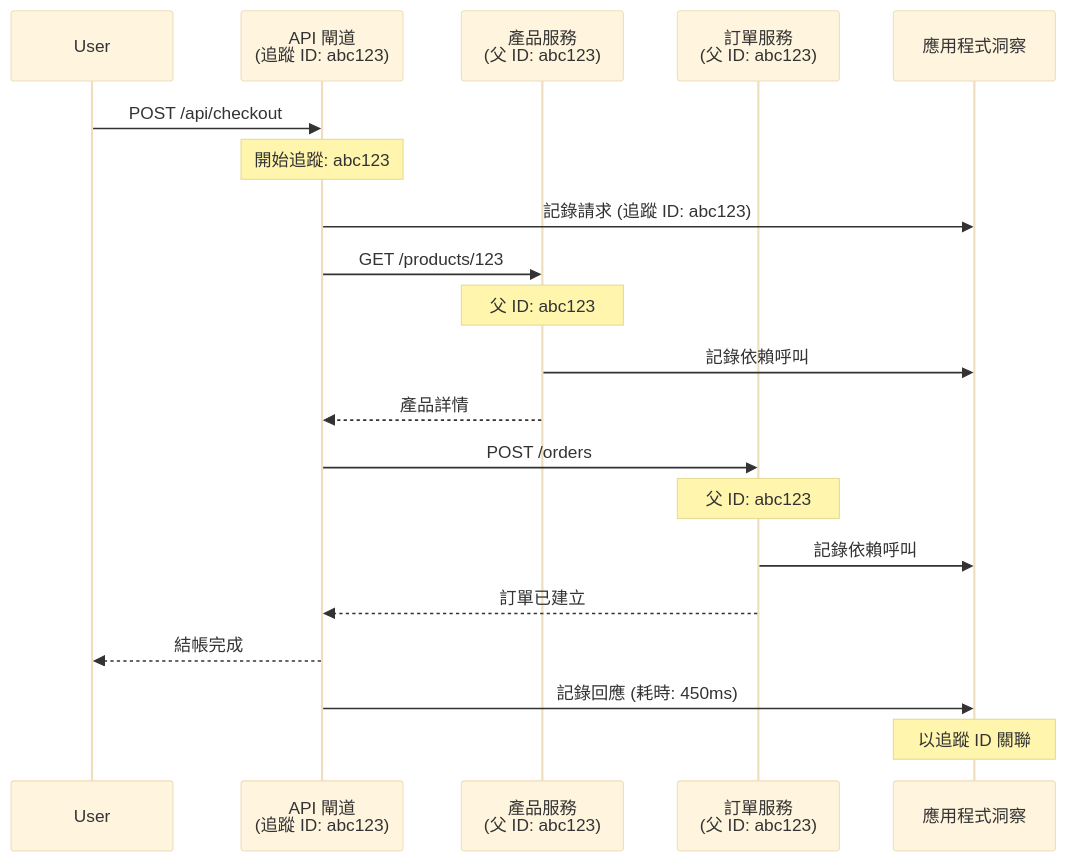
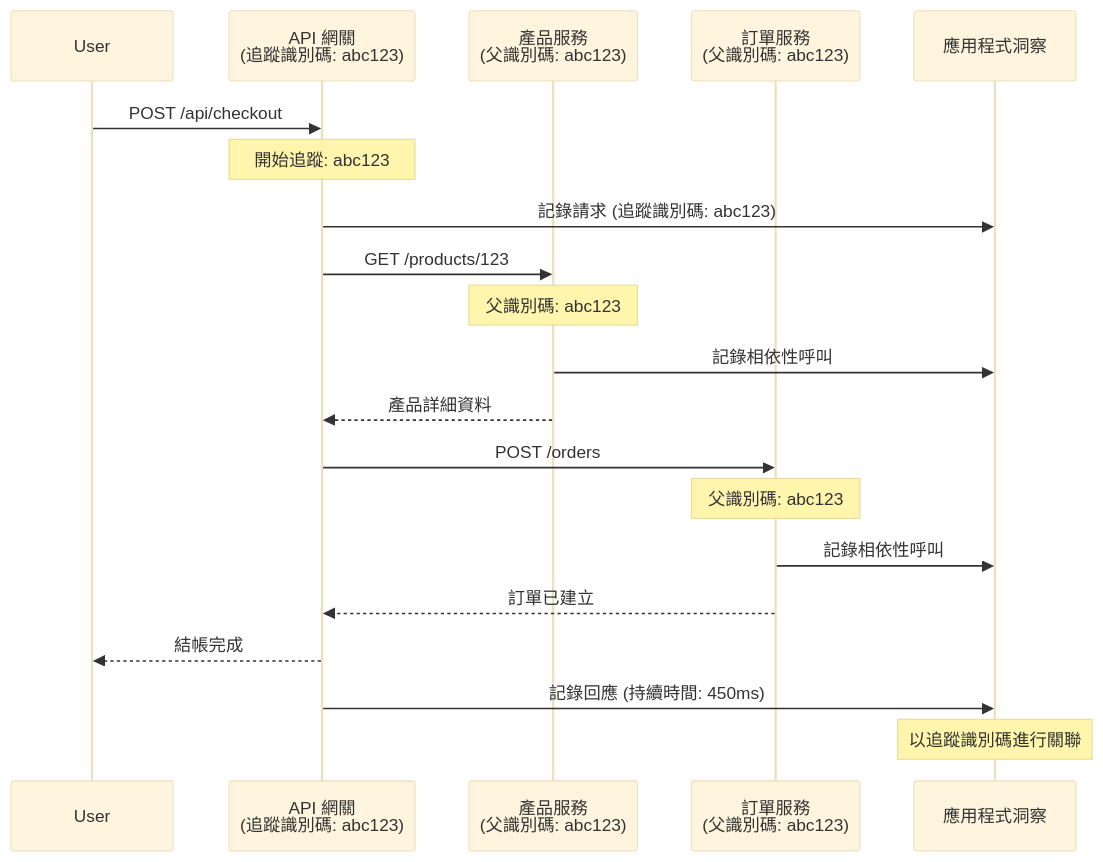
The second of 2 diagrams in translations/zh-MO/docs/chapter-06-pre-deployment/application-insights.md (microsoft/AZD-for-beginners), drawn with Mermaid (base theme) before and after one commit. The commit also changed other lines of this file and 101 other files, not shown here.

````diff
--- a/translations/zh-MO/docs/chapter-06-pre-deployment/application-insights.md
+++ b/translations/zh-MO/docs/chapter-06-pre-deployment/application-insights.md
@@ -744,27 +744,27 @@
 ```mermaid
 sequenceDiagram
     participant User
-    participant Gateway as API 閘道<br/>(追蹤 ID: abc123)
-    participant Product as 產品服務<br/>(父 ID: abc123)
-    participant Order as 訂單服務<br/>(父 ID: abc123)
+    participant Gateway as API 網關<br/>(追蹤識別碼: abc123)
+    participant Product as 產品服務<br/>(父識別碼: abc123)
+    participant Order as 訂單服務<br/>(父識別碼: abc123)
     participant AppInsights as 應用程式洞察
     
     User->>Gateway: POST /api/checkout
     Note over Gateway: 開始追蹤: abc123
-    Gateway->>AppInsights: 記錄請求 (追蹤 ID: abc123)
+    Gateway->>AppInsights: 記錄請求 (追蹤識別碼: abc123)
     
     Gateway->>Product: GET /products/123
-    Note over Product: 父 ID: abc123
-    Product->>AppInsights: 記錄依賴呼叫
-    Product-->>Gateway: 產品詳情
+    Note over Product: 父識別碼: abc123
+    Product->>AppInsights: 記錄相依性呼叫
+    Product-->>Gateway: 產品詳細資料
     
     Gateway->>Order: POST /orders
-    Note over Order: 父 ID: abc123
-    Order->>AppInsights: 記錄依賴呼叫
+    Note over Order: 父識別碼: abc123
+    Order->>AppInsights: 記錄相依性呼叫
     Order-->>Gateway: 訂單已建立
     
     Gateway-->>User: 結帳完成
-    Gateway->>AppInsights: 記錄回應 (耗時: 450ms)
+    Gateway->>AppInsights: 記錄回應 (持續時間: 450ms)
     
-    Note over AppInsights: 以追蹤 ID 關聯
+    Note over AppInsights: 以追蹤識別碼進行關聯
 ```
````
